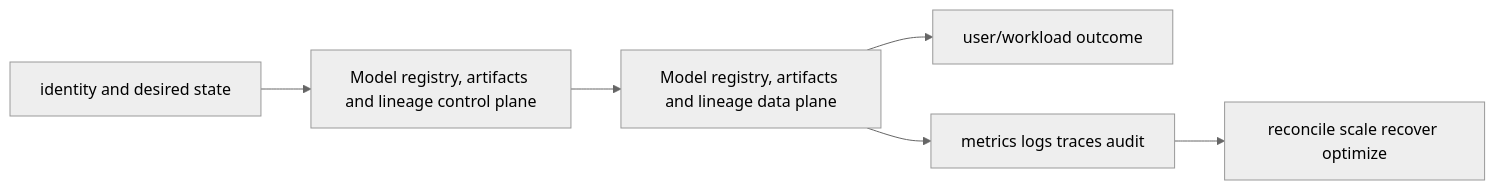
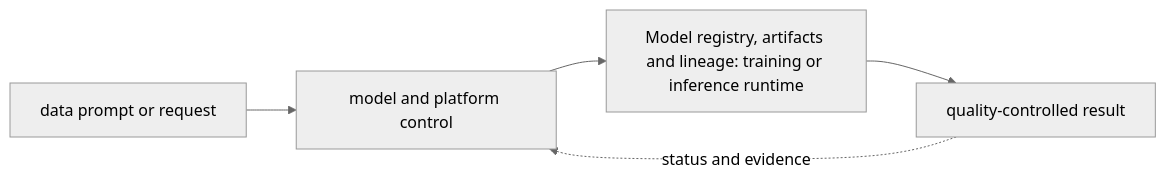
Before and after one commit to tomkidumbuyo/DevOps-interview-preparation: the diagram in 11-ai-platform/08-mlops-and-llmops-lifecycle/10-model-registry-artifact-lineage/README.md, drawn with Mermaid (neutral theme). The commit also changed other lines of this file and 753 other files, not shown here.

````diff
--- a/11-ai-platform/08-mlops-and-llmops-lifecycle/10-model-registry-artifact-lineage/README.md
+++ b/11-ai-platform/08-mlops-and-llmops-lifecycle/10-model-registry-artifact-lineage/README.md
@@ -19,8 +31,7 @@
 ```mermaid
 flowchart LR
-  I[identity and desired state] --> C[Model registry, artifacts and lineage control plane]
-  C --> D[Model registry, artifacts and lineage data plane]
-  D --> U[user/workload outcome]
-  D --> O[metrics logs traces audit]
-  O --> R[reconcile scale recover optimize]
+  A["data prompt or request"] --> B["model and platform control"]
+  B --> C["Model registry, artifacts and lineage: training or inference runtime"]
+  C --> D["quality-controlled result"]
+  D -. "status and evidence" .-> B
 ```
````
